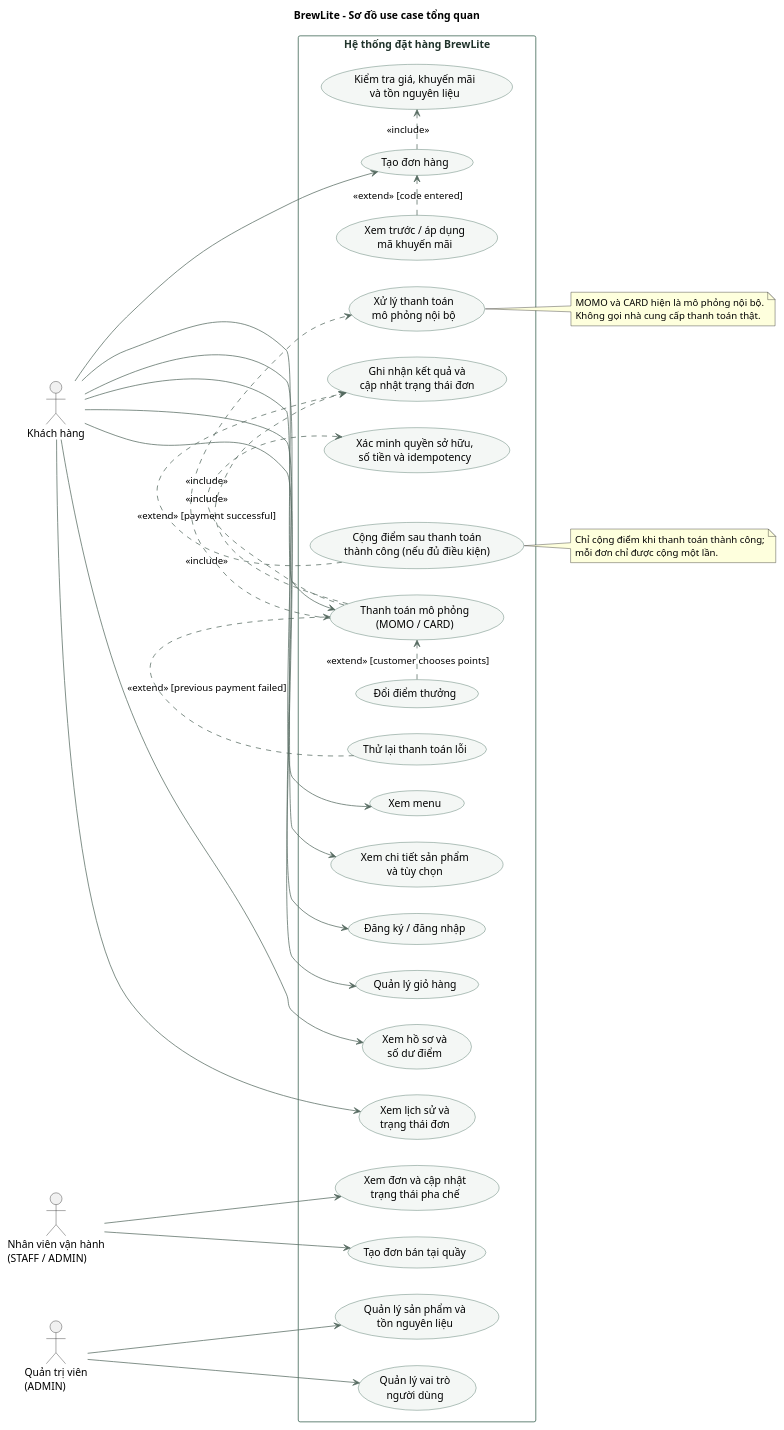
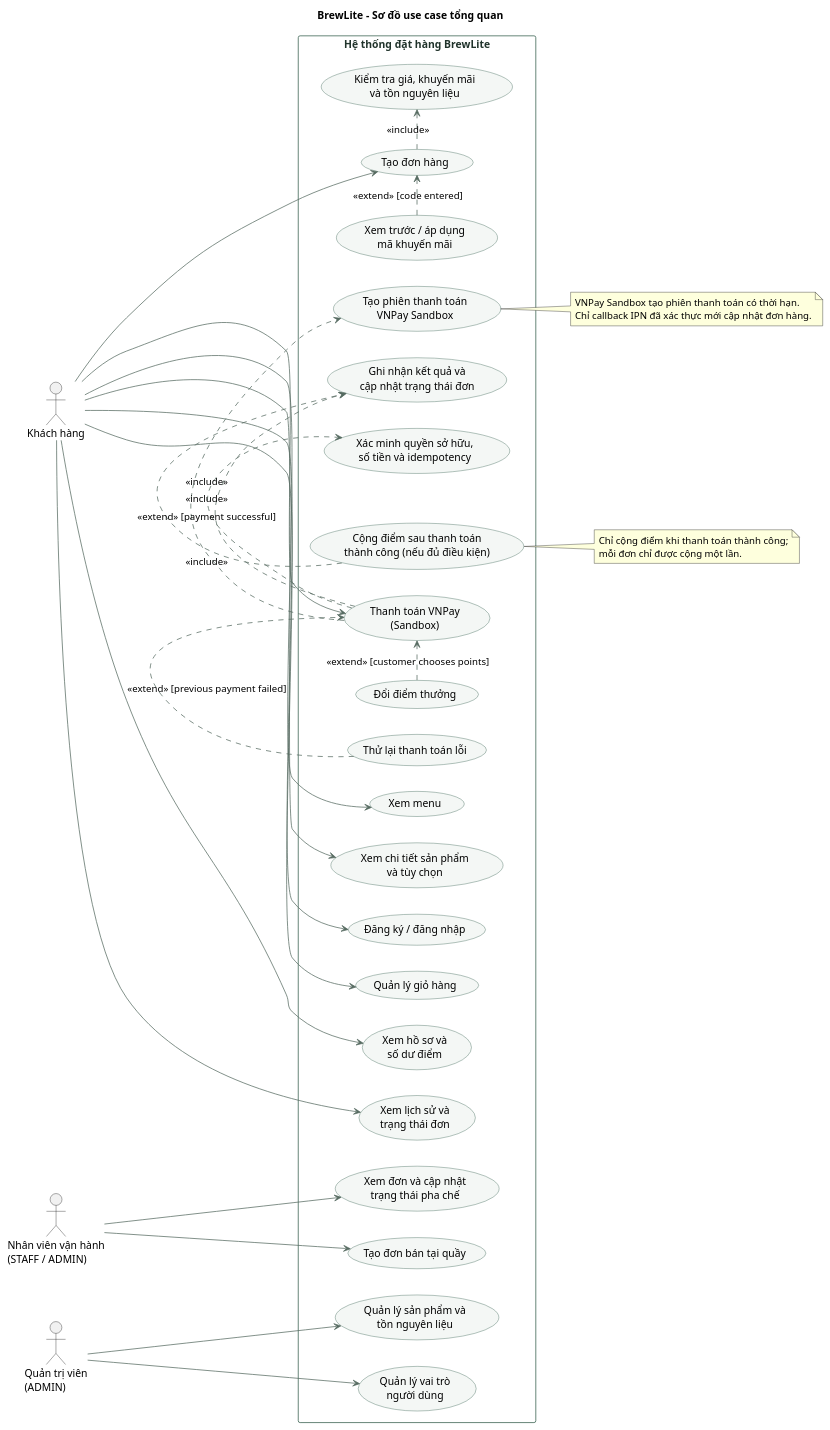
One commit to ncd426/BrewLite-2 changed the diagram in docs/diagrams/usecase-overview.puml. Above: the diagram before and after it, drawn with PlantUML. The commit also changed 14 other files, not shown here.

```diff
--- a/docs/diagrams/usecase-overview.puml
+++ b/docs/diagrams/usecase-overview.puml
@@ -1,75 +1,75 @@
 @startuml BrewLite Use Case Overview
 left to right direction
 skinparam shadowing false
 skinparam actorStyle stickman
 skinparam packageStyle rectangle
 skinparam usecase {
   BackgroundColor #F4F7F5
   BorderColor #315B4A
   ArrowColor #566B61
 }
 skinparam rectangle {
   BorderColor #315B4A
   FontColor #20332B
 }
 title BrewLite - Sơ đồ use case tổng quan
 
 actor "Khách hàng" as Customer
 actor "Nhân viên vận hành\n(STAFF / ADMIN)" as Staff
 actor "Quản trị viên\n(ADMIN)" as Admin
 
 rectangle "Hệ thống đặt hàng BrewLite" {
   usecase "Xem menu" as Browse
   usecase "Xem chi tiết sản phẩm\nvà tùy chọn" as Product
   usecase "Đăng ký / đăng nhập" as Auth
   usecase "Quản lý giỏ hàng" as Cart
   usecase "Xem hồ sơ và\nsố dư điểm" as Profile
   usecase "Xem trước / áp dụng\nmã khuyến mãi" as Promotion
   usecase "Tạo đơn hàng" as PlaceOrder
   usecase "Kiểm tra giá, khuyến mãi\nvà tồn nguyên liệu" as ValidateOrder
-  usecase "Thanh toán mô phỏng\n(MOMO / CARD)" as Pay
+  usecase "Thanh toán VNPay\n(Sandbox)" as Pay
   usecase "Xác minh quyền sở hữu,\nsố tiền và idempotency" as VerifyPayment
-  usecase "Xử lý thanh toán\nmô phỏng nội bộ" as ProcessPayment
+  usecase "Tạo phiên thanh toán\nVNPay Sandbox" as ProcessPayment
   usecase "Ghi nhận kết quả và\ncập nhật trạng thái đơn" as RecordPayment
   usecase "Đổi điểm thưởng" as RedeemPoints
   usecase "Cộng điểm sau thanh toán\nthành công (nếu đủ điều kiện)" as AwardPoints
   usecase "Thử lại thanh toán lỗi" as Retry
   usecase "Xem lịch sử và\ntrạng thái đơn" as History
   usecase "Xem đơn và cập nhật\ntrạng thái pha chế" as ManageOrders
   usecase "Tạo đơn bán tại quầy" as CounterSale
   usecase "Quản lý sản phẩm và\ntồn nguyên liệu" as ManageCatalogInventory
   usecase "Quản lý vai trò\nngười dùng" as ManageRoles
 }
 
 Customer --> Browse
 Customer --> Product
 Customer --> Auth
 Customer --> Cart
 Customer --> Profile
 Customer --> PlaceOrder
 Customer --> Pay
 Customer --> History
 
 PlaceOrder .> ValidateOrder : <<include>>
 Promotion .> PlaceOrder : <<extend>> [code entered]
 Pay .> VerifyPayment : <<include>>
 Pay .> ProcessPayment : <<include>>
 Pay .> RecordPayment : <<include>>
 AwardPoints .> RecordPayment : <<extend>> [payment successful]
 RedeemPoints .> Pay : <<extend>> [customer chooses points]
 Retry .> Pay : <<extend>> [previous payment failed]
 
 Staff --> ManageOrders
 Staff --> CounterSale
 Admin --> ManageCatalogInventory
 Admin --> ManageRoles
 
 note right of ProcessPayment
-MOMO và CARD hiện là mô phỏng nội bộ.
-Không gọi nhà cung cấp thanh toán thật.
+VNPay Sandbox tạo phiên thanh toán có thời hạn.
+Chỉ callback IPN đã xác thực mới cập nhật đơn hàng.
 end note
 note right of AwardPoints
 Chỉ cộng điểm khi thanh toán thành công;
 mỗi đơn chỉ được cộng một lần.
 end note
 @enduml
```
